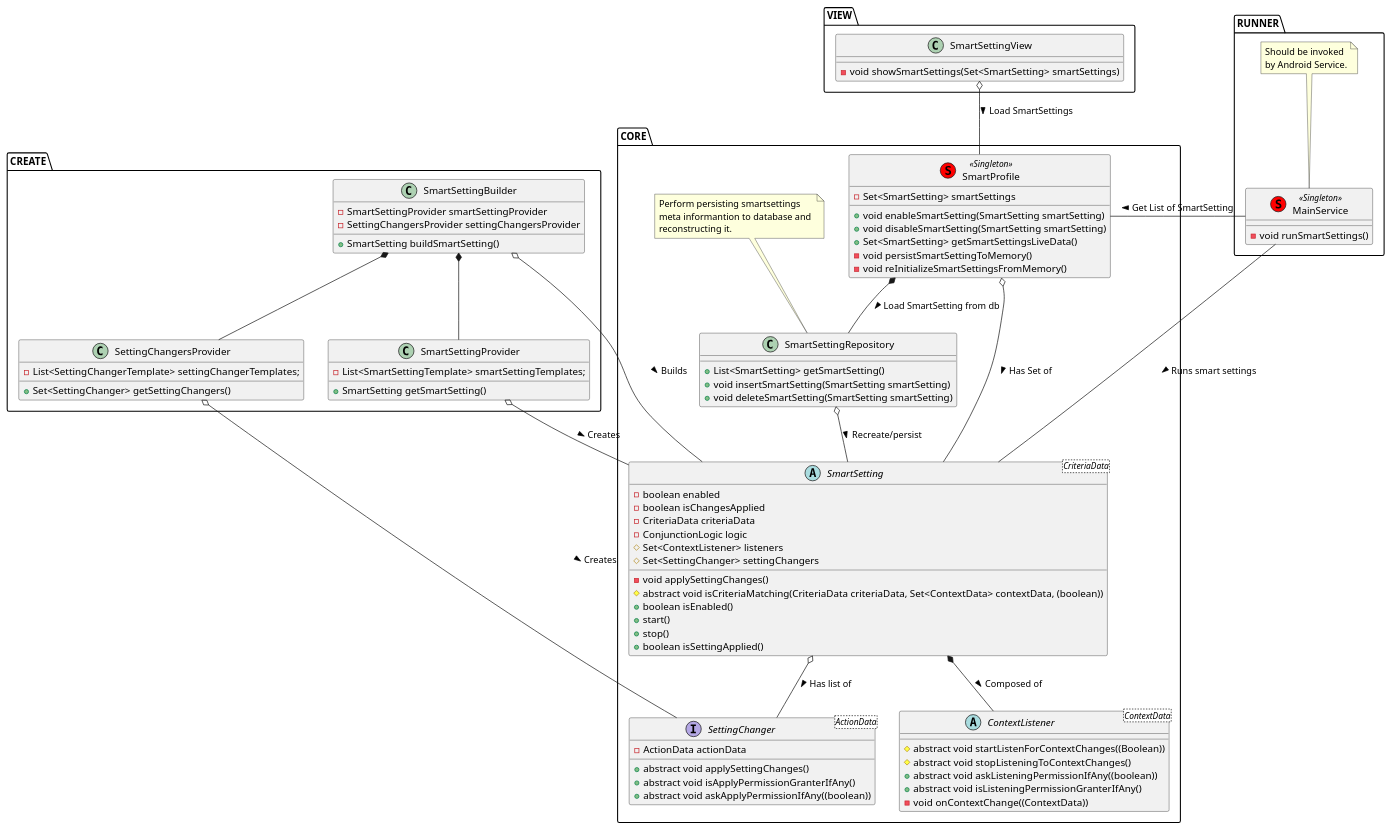
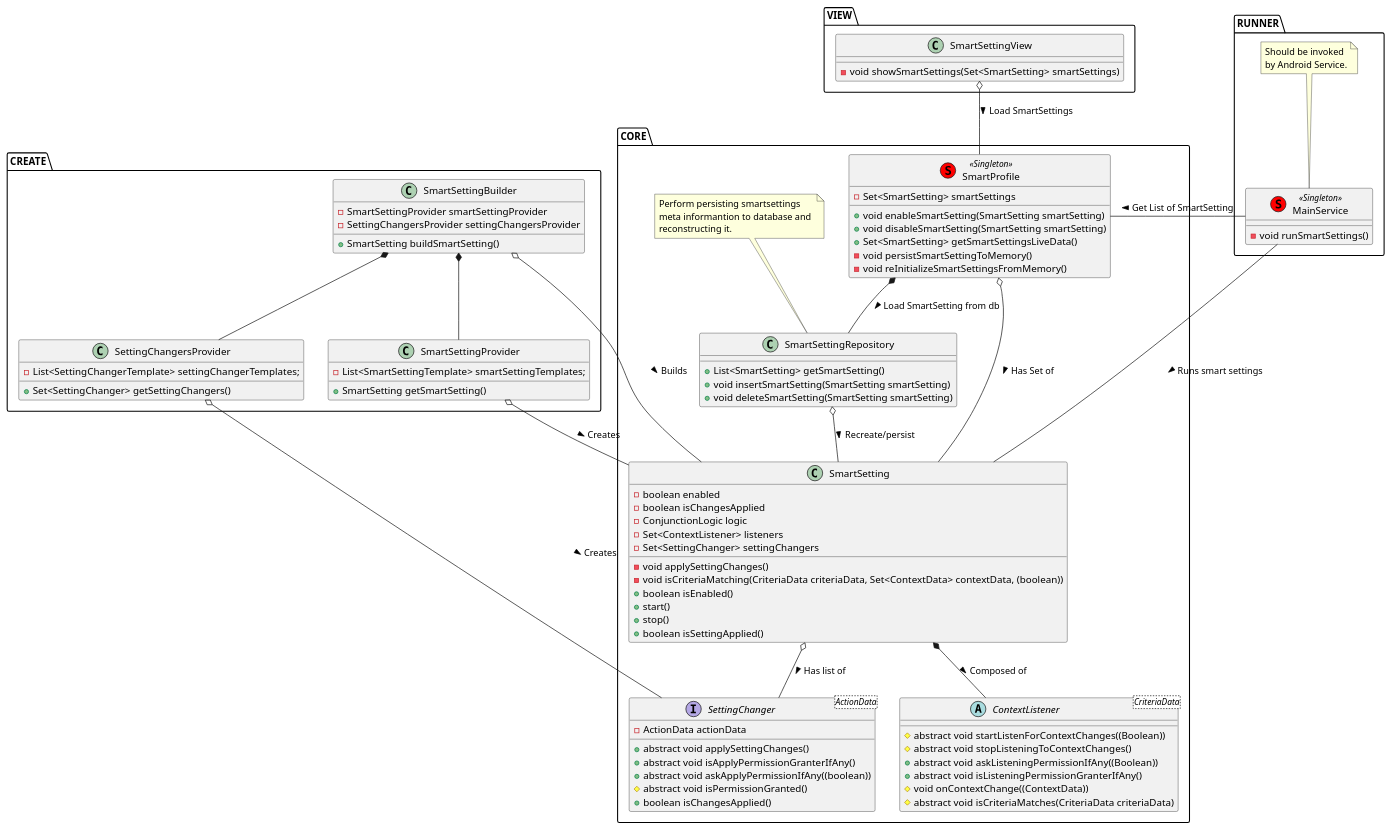
The diagram in MDD/class_diagram.puml (praslnx8/SmartSettings), drawn with PlantUML before and after one commit. The commit also changed 37 other files, not shown here.

Commit message:
Code cleanup. Architecture change.

```diff
--- a/MDD/class_diagram.puml
+++ b/MDD/class_diagram.puml
@@ -1,110 +1,112 @@
 @startuml
 
 package CORE {
 
-abstract class ContextListener<ContextData> {
+abstract class ContextListener<CriteriaData> {
     # abstract void startListenForContextChanges((Boolean))
     # abstract void stopListeningToContextChanges()
-    + abstract void askListeningPermissionIfAny((boolean))
+    + abstract void askListeningPermissionIfAny((Boolean))
     + abstract void isListeningPermissionGranterIfAny()
-    - void onContextChange((ContextData))
+    # void onContextChange((ContextData))
+    # abstract void isCriteriaMatches(CriteriaData criteriaData)
 }
 
 interface SettingChanger<ActionData> {
     - ActionData actionData
     + abstract void applySettingChanges()
     + abstract void isApplyPermissionGranterIfAny()
     + abstract void askApplyPermissionIfAny((boolean))
+    # abstract void isPermissionGranted()
+    + boolean isChangesApplied()
 }
 
-abstract class SmartSetting<CriteriaData> {
+class SmartSetting {
     - boolean enabled
     - boolean isChangesApplied
-    - CriteriaData criteriaData
     - ConjunctionLogic logic
-    # Set<ContextListener> listeners
-    # Set<SettingChanger> settingChangers
+    - Set<ContextListener> listeners
+    - Set<SettingChanger> settingChangers
     - void applySettingChanges()
-    # abstract void isCriteriaMatching(CriteriaData criteriaData, Set<ContextData> contextData, (boolean))
+    - void isCriteriaMatching(CriteriaData criteriaData, Set<ContextData> contextData, (boolean))
     + boolean isEnabled()
     + start()
     + stop()
     + boolean isSettingApplied()
 }
 
 SmartSetting *-- ContextListener : Composed of >
 SmartSetting o-- SettingChanger : Has list of >
 
 class SmartSettingRepository {
 
     + List<SmartSetting> getSmartSetting()
     + void insertSmartSetting(SmartSetting smartSetting)
     + void deleteSmartSetting(SmartSetting smartSetting)
 }
 
 note top of SmartSettingRepository : Perform persisting smartsettings \nmeta informantion to database and \nreconstructing it.
 
 SmartSettingRepository o-- SmartSetting : Recreate/persist >
 
 class SmartProfile <<(S,red) Singleton>> {
     - Set<SmartSetting> smartSettings
     + void enableSmartSetting(SmartSetting smartSetting)
     + void disableSmartSetting(SmartSetting smartSetting)
     + Set<SmartSetting> getSmartSettingsLiveData()
     - void persistSmartSettingToMemory()
     - void reInitializeSmartSettingsFromMemory()
 }
 
 SmartProfile o-- SmartSetting : Has Set of >
 SmartProfile *-- SmartSettingRepository : Load SmartSetting from db >
 }
 
 package CREATE {
 
 class SmartSettingProvider {
     - List<SmartSettingTemplate> smartSettingTemplates;
     + SmartSetting getSmartSetting()
 }
 
 SmartSettingProvider o-- SmartSetting : Creates >
 
 class SettingChangersProvider {
     - List<SettingChangerTemplate> settingChangerTemplates;
     + Set<SettingChanger> getSettingChangers()
 }
 
 SettingChangersProvider o-- SettingChanger : Creates >
 
 class SmartSettingBuilder {
     - SmartSettingProvider smartSettingProvider
     - SettingChangersProvider settingChangersProvider
     + SmartSetting buildSmartSetting()
 }
 
 SmartSettingBuilder *-- SmartSettingProvider
 SmartSettingBuilder *-- SettingChangersProvider
 SmartSettingBuilder o-- SmartSetting : Builds >
 
 }
 
 package RUNNER {
 
 class MainService <<(S,red) Singleton>> {
     - void runSmartSettings()
 }
 
 note top of MainService : Should be invoked \nby Android Service.
 
 MainService - SmartSetting : Runs smart settings >
 MainService - SmartProfile : Get List of SmartSetting >
 }
 
 package VIEW {
     class SmartSettingView {
         - void showSmartSettings(Set<SmartSetting> smartSettings)
     }
 
     SmartSettingView o-- SmartProfile : Load SmartSettings >
 }
 
 @enduml
```
